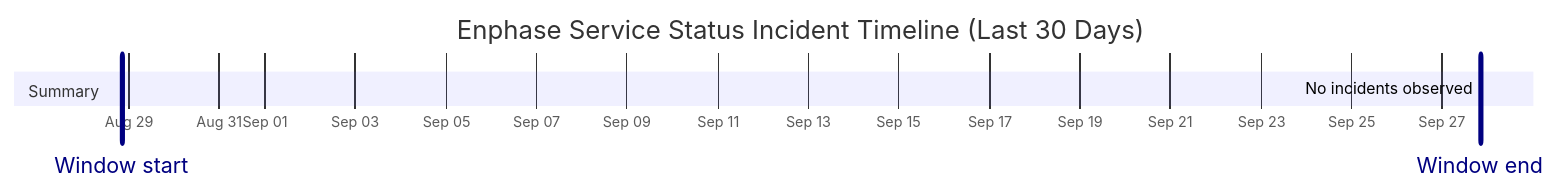
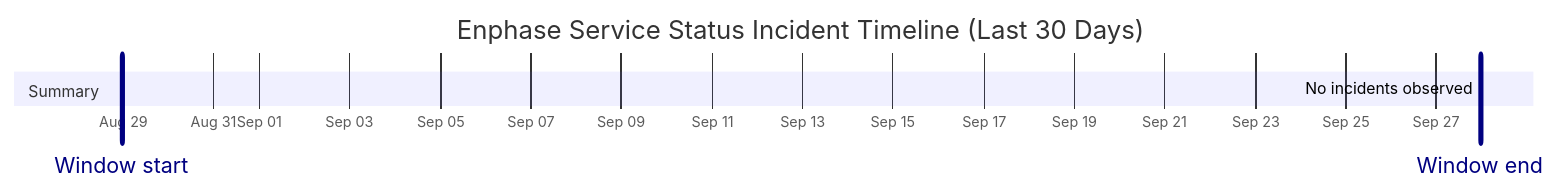
Before and after one commit to barneyonline/ha-enphase-energy: the diagram in wiki/Service-Status-History.md, drawn with Mermaid. The commit also changed other lines of this file and 3 other files, not shown here.

````diff
--- a/wiki/Service-Status-History.md
+++ b/wiki/Service-Status-History.md
@@ -14,10 +14,10 @@
 ```mermaid
 gantt
     title Enphase Service Status Incident Timeline (Last 30 Days)
     dateFormat  YYYY-MM-DDTHH:mm:ss
     axisFormat  %b %d
-    Window start :vert, window-start, 2026-08-28T20:17:04, 0ms
-    Window end :vert, window-end, 2026-09-27T20:17:04, 0ms
+    Window start :vert, window-start, 2026-08-28T23:14:34, 0ms
+    Window end :vert, window-end, 2026-09-27T23:14:34, 0ms
     section Summary
-    No incidents observed :done, 2026-09-27T20:17:04, 1m
+    No incidents observed :done, 2026-09-27T23:14:34, 1m
 ```
````
